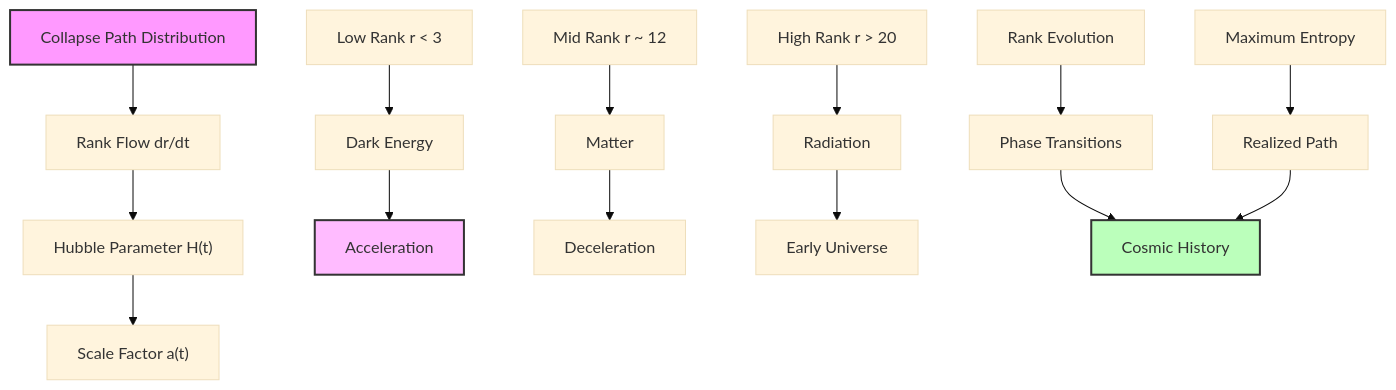
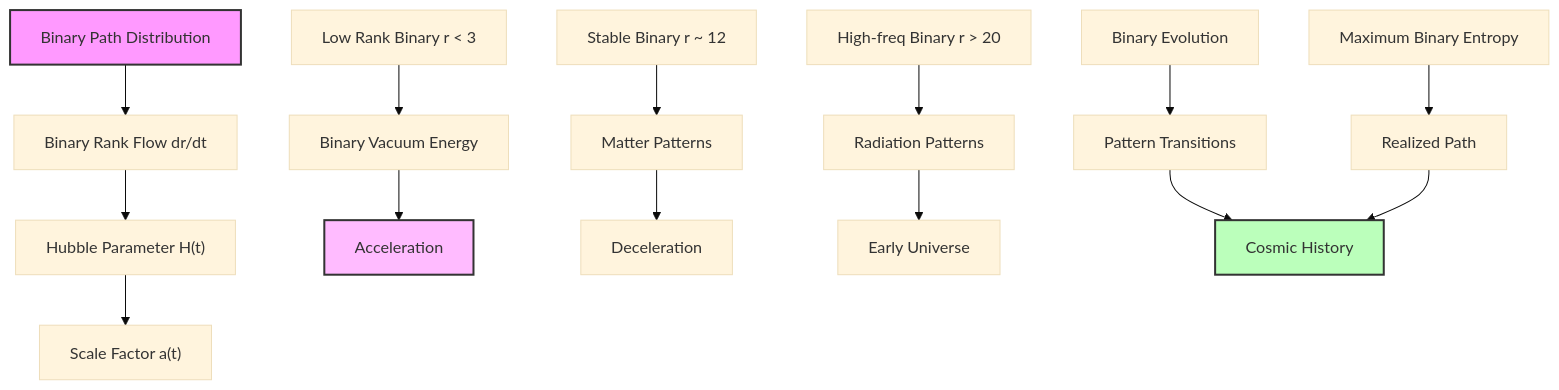
One commit to loning/the-phys changed the second of 2 diagrams in docs/psi-constants/part-04-collapse-cosmology/chapter-057-collapse-paths-cosmic-expansion-dynamics.md. Above: the diagram before and after it, drawn with Mermaid (base theme). The commit also changed other lines of this file and 3 other files, not shown here.

````diff
--- a/docs/psi-constants/part-04-collapse-cosmology/chapter-057-collapse-paths-cosmic-expansion-dynamics.md
+++ b/docs/psi-constants/part-04-collapse-cosmology/chapter-057-collapse-paths-cosmic-expansion-dynamics.md
@@ -371,25 +388,25 @@
 ```mermaid
 graph TD
-    A["Collapse Path Distribution"] --> B["Rank Flow dr/dt"]
+    A["Binary Path Distribution"] --> B["Binary Rank Flow dr/dt"]
     B --> C["Hubble Parameter H(t)"]
     C --> D["Scale Factor a(t)"]
     
-    E["Low Rank r < 3"] --> F["Dark Energy"]
+    E["Low Rank Binary r < 3"] --> F["Binary Vacuum Energy"]
     F --> G["Acceleration"]
     
-    H["Mid Rank r ~ 12"] --> I["Matter"]
+    H["Stable Binary r ~ 12"] --> I["Matter Patterns"]
     I --> J["Deceleration"]
     
-    K["High Rank r > 20"] --> L["Radiation"]
+    K["High-freq Binary r > 20"] --> L["Radiation Patterns"]
     L --> M["Early Universe"]
     
-    N["Rank Evolution"] --> O["Phase Transitions"]
+    N["Binary Evolution"] --> O["Pattern Transitions"]
     O --> P["Cosmic History"]
     
-    Q["Maximum Entropy"] --> R["Realized Path"]
+    Q["Maximum Binary Entropy"] --> R["Realized Path"]
     R --> P
     
     style A fill:#f9f,stroke:#333,stroke-width:2px
     style P fill:#bfb,stroke:#333,stroke-width:2px
     style G fill:#fbf,stroke:#333,stroke-width:2px
 ```
````
